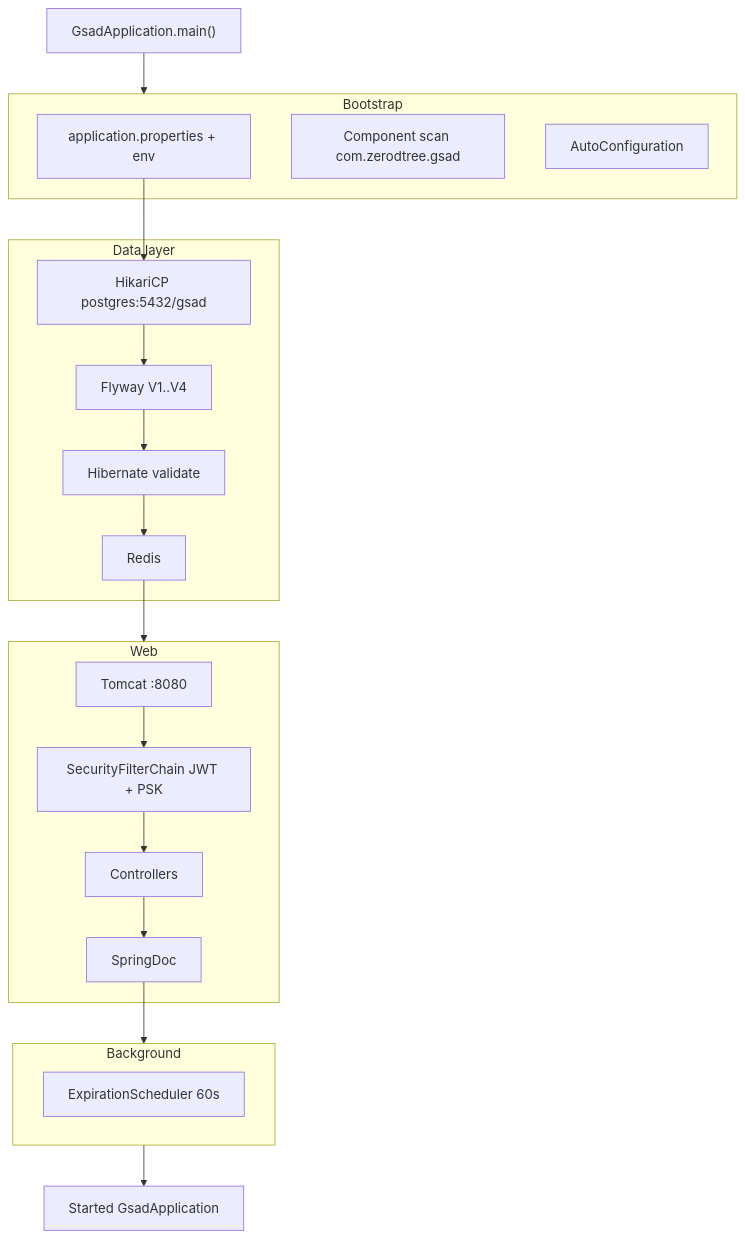
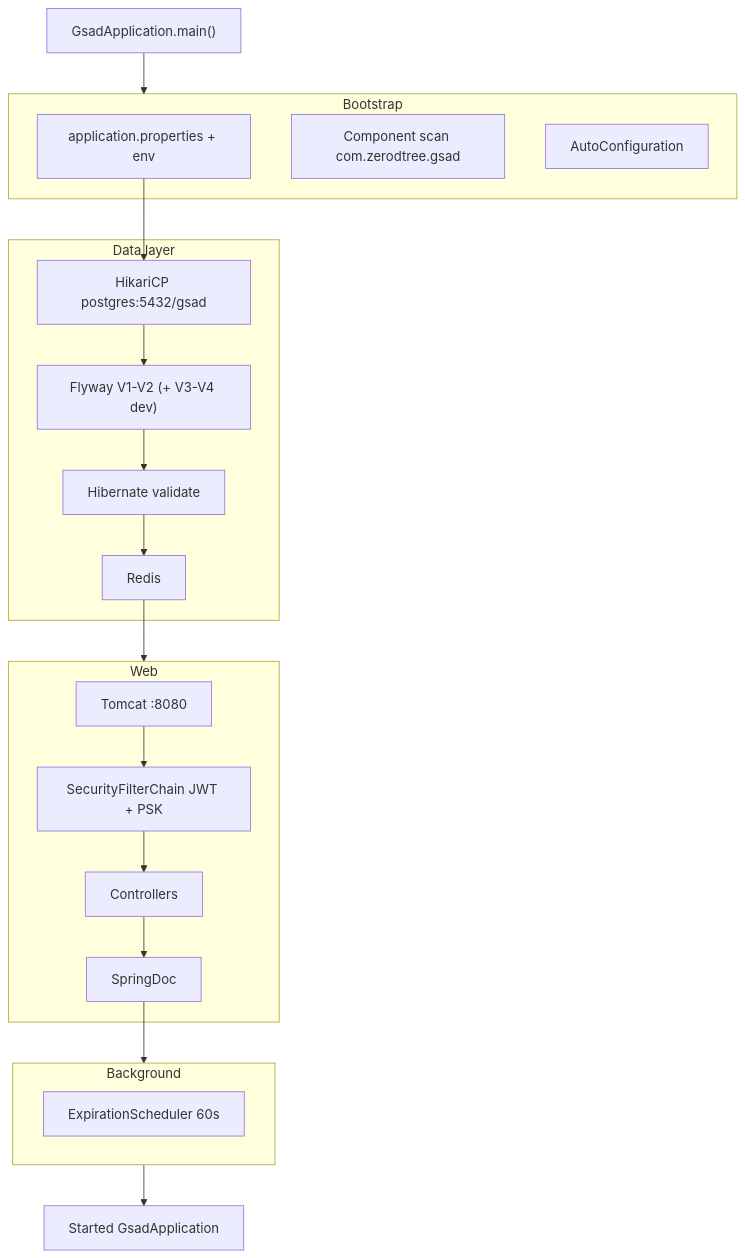
Before and after one commit to zeroDtree/gsad-backend: the fourth of 6 diagrams in docs/flowchar.md, drawn with Mermaid. The commit also changed other lines of this file and 18 other files, not shown here.

````diff
--- a/docs/flowchar.md
+++ b/docs/flowchar.md
@@ -117,34 +117,34 @@
 ```mermaid
 flowchart TB
     START["GsadApplication.main()"]
 
     subgraph bootLayer [Bootstrap]
         A1["application.properties + env"]
         A2["Component scan com.zerodtree.gsad"]
         A3["AutoConfiguration"]
     end
 
     subgraph dataLayer [Data layer]
         D1["HikariCP postgres:5432/gsad"]
-        D2["Flyway V1..V4"]
+        D2["Flyway V1-V2 (+ V3-V4 dev)"]
         D3["Hibernate validate"]
         D4["Redis"]
     end
 
     subgraph webLayer [Web]
         W1["Tomcat :8080"]
         W2["SecurityFilterChain JWT + PSK"]
         W3["Controllers"]
         W4["SpringDoc"]
     end
 
     subgraph bgLayer [Background]
         G1["ExpirationScheduler 60s"]
     end
 
     READY["Started GsadApplication"]
 
     START --> bootLayer
     A1 --> D1 --> D2 --> D3 --> D4 --> webLayer
     W1 --> W2 --> W3 --> W4 --> bgLayer --> READY
 ```
````
